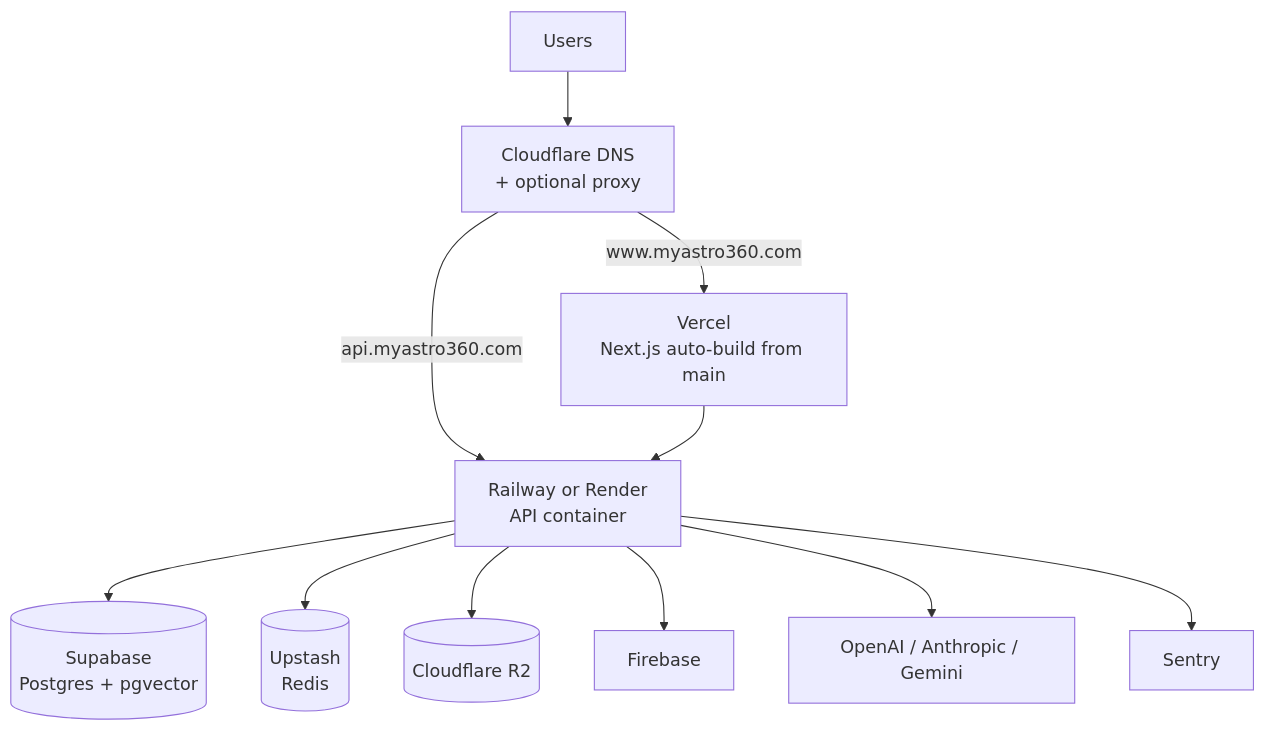
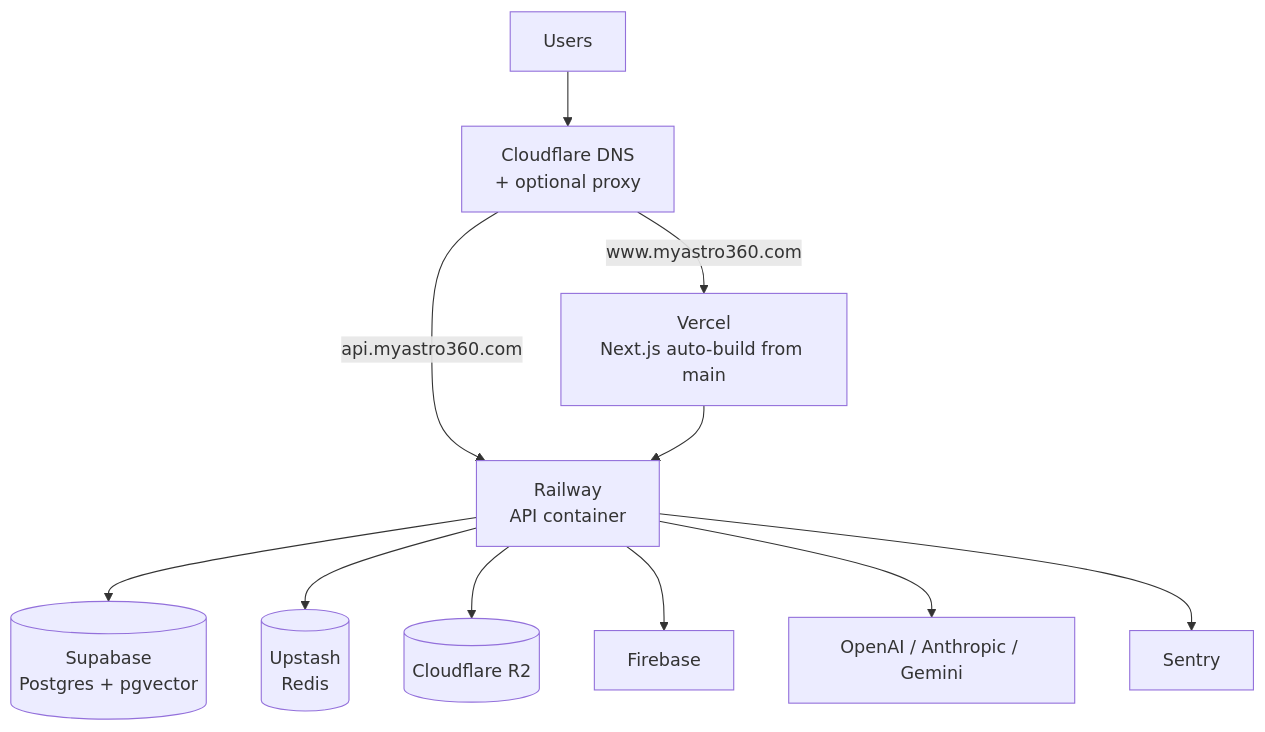
Before and after one commit to xploroshan/jyotryx: diagram 14 of 17 in docs/ARCHITECTURE.md, drawn with Mermaid. The commit also changed other lines of this file and 2 other files, not shown here.

````diff
--- a/docs/ARCHITECTURE.md
+++ b/docs/ARCHITECTURE.md
@@ -533,14 +533,14 @@
 ```mermaid
 graph TB
     Users[Users] --> CF[Cloudflare DNS<br/>+ optional proxy]
     CF -->|www.myastro360.com| V[Vercel<br/>Next.js auto-build from main]
-    CF -->|api.myastro360.com| Rwy[Railway or Render<br/>API container]
+    CF -->|api.myastro360.com| Rwy[Railway<br/>API container]
 
     V --> Rwy
     Rwy --> SB[(Supabase<br/>Postgres + pgvector)]
     Rwy --> UP[(Upstash<br/>Redis)]
     Rwy --> R2[(Cloudflare R2)]
     Rwy --> FB[Firebase]
     Rwy --> LLM[OpenAI / Anthropic / Gemini]
     Rwy --> Sentry
 ```
````
